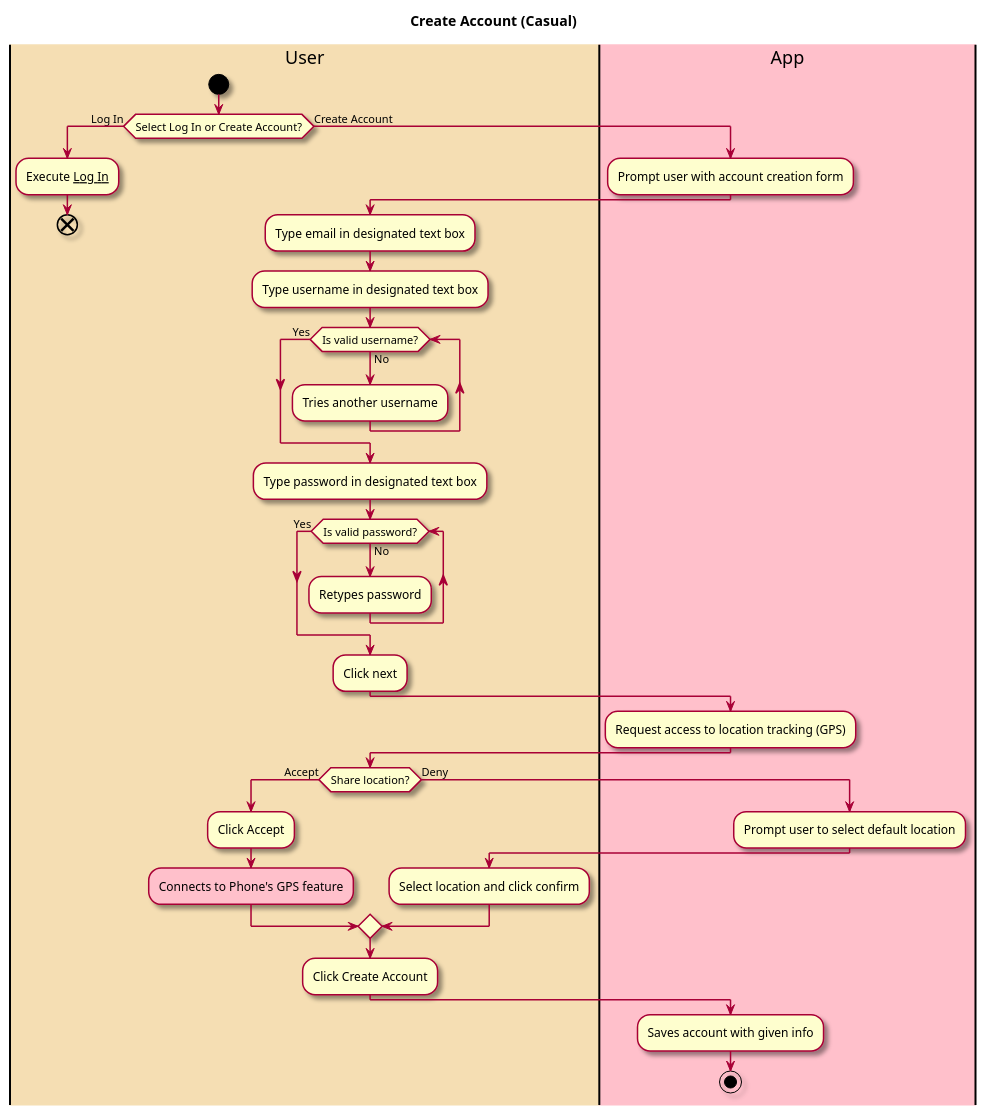
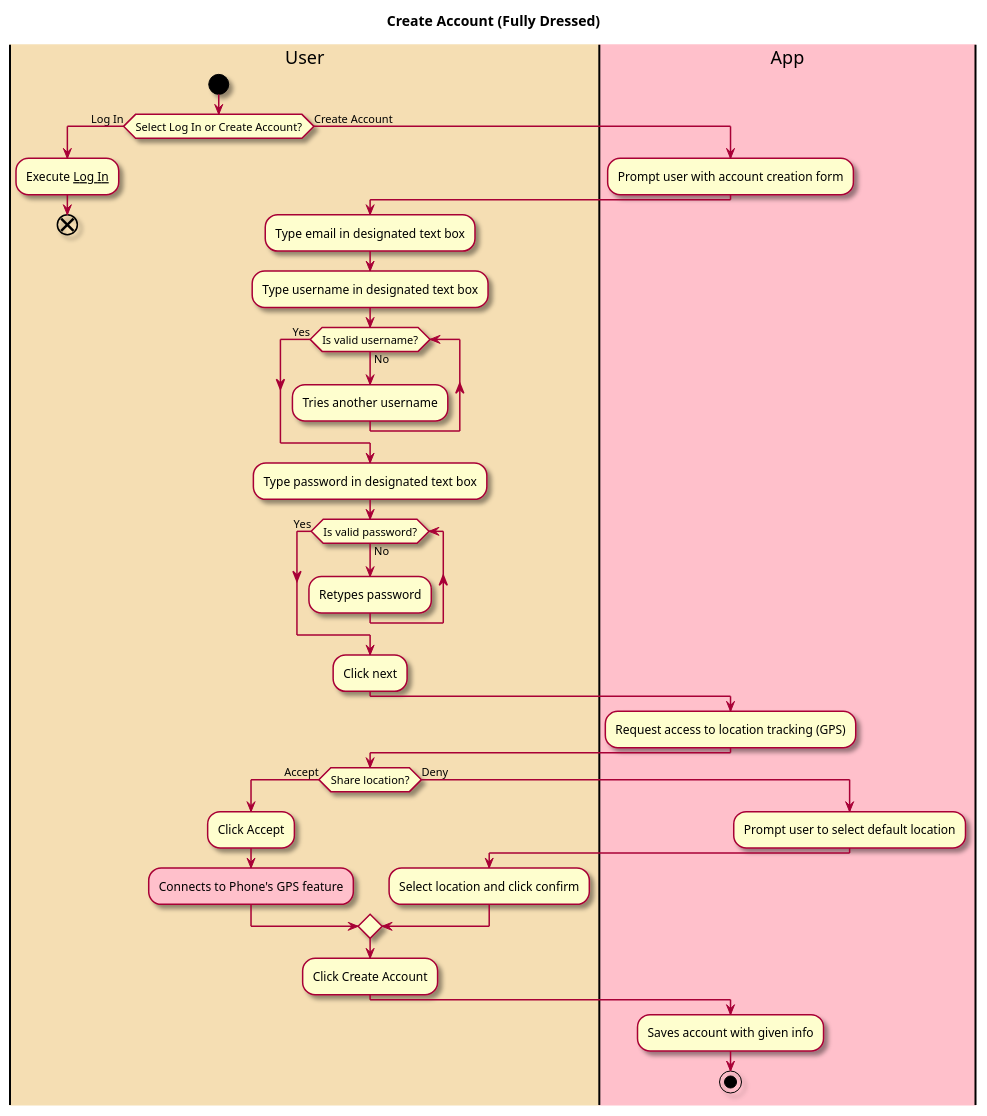
One commit to tanwasp/LunchBox-Android changed the first of 2 diagrams in intellij/doc/use_cases/create-account.md. Above: the diagram before and after it, drawn with PlantUML. The commit also changed other lines of this file and 15 other files, not shown here.

````diff
--- a/intellij/doc/use_cases/create-account.md
+++ b/intellij/doc/use_cases/create-account.md
@@ -25,61 +25,61 @@
 ```plantuml
 @startuml
 
 skin rose
 
-title Create Account (Casual)
+title Create Account (Fully Dressed)
 
 |#wheat|User|
 |#pink|App|
 
 |User|
 start
 if (Select Log In or Create Account?) is (Log In) then
 :Execute __Log In__; 
 end
 else (Create Account)
 |App|
 :Prompt user with account creation form;
 
 |User|
 :Type email in designated text box;
 
 |User|
 :Type username in designated text box;
 
 while (Is valid username?) is (No) 
 |User|
 :Tries another username;
 endwhile (Yes)
 
 |User|
 :Type password in designated text box;
 
 while (Is valid password?) is (No) 
 |User|
 :Retypes password;
 endwhile (Yes)
 :Click next;
 
 |App|
 :Request access to location tracking (GPS);
 
 |User|
 if (Share location?) is (Accept) then
 :Click Accept;
 #pink:Connects to Phone's GPS feature;
 else (Deny)
 |App|
 :Prompt user to select default location;
 |User|
 :Select location and click confirm;
 endif
 
 :Click Create Account;
 
 |App|
 :Saves account with given info;
 stop
 
 @enduml
 ```
````
